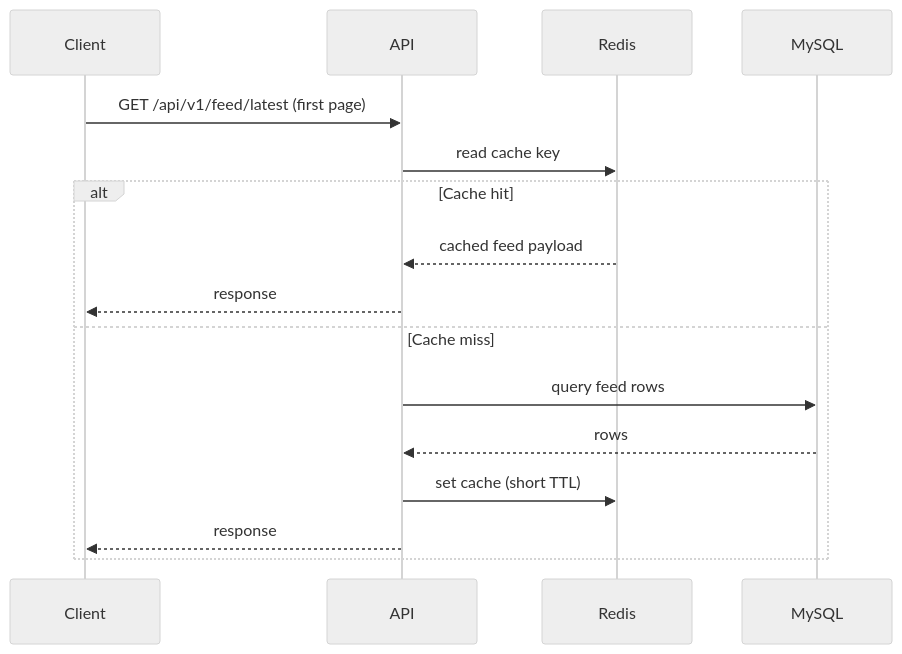
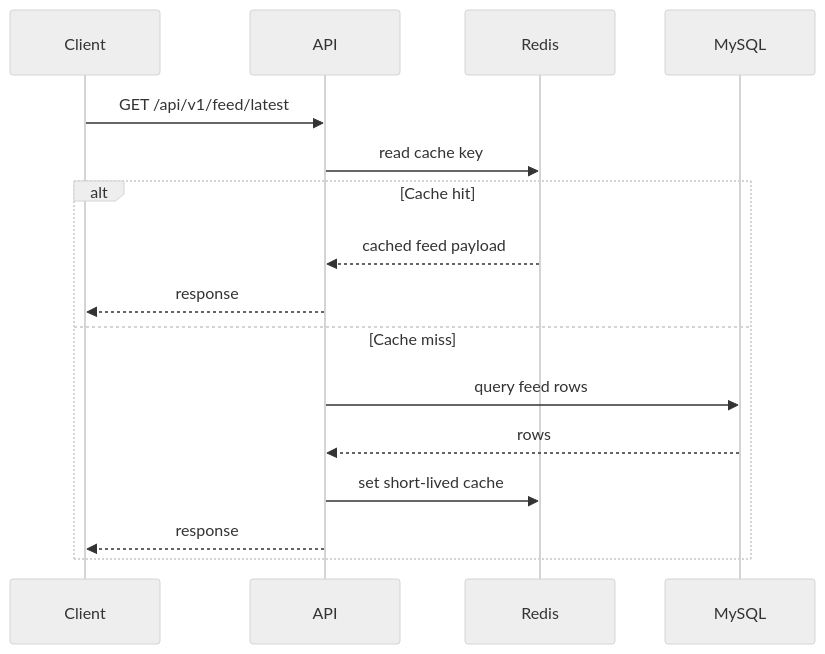
The third of 5 diagrams in docs/ARCHITECTURE_DIAGRAM.md (Kylan-Yu/devflow), drawn with Mermaid (neutral theme) before and after one commit. The commit also changed other lines of this file and 183 other files, not shown here.

````diff
--- a/docs/ARCHITECTURE_DIAGRAM.md
+++ b/docs/ARCHITECTURE_DIAGRAM.md
@@ -59,19 +67,19 @@
 ```mermaid
 sequenceDiagram
   participant Client
   participant API
   participant Redis
   participant MySQL
 
-  Client->>API: GET /api/v1/feed/latest (first page)
+  Client->>API: GET /api/v1/feed/latest
   API->>Redis: read cache key
   alt Cache hit
     Redis-->>API: cached feed payload
     API-->>Client: response
   else Cache miss
     API->>MySQL: query feed rows
     MySQL-->>API: rows
-    API->>Redis: set cache (short TTL)
+    API->>Redis: set short-lived cache
     API-->>Client: response
   end
 ```
````
